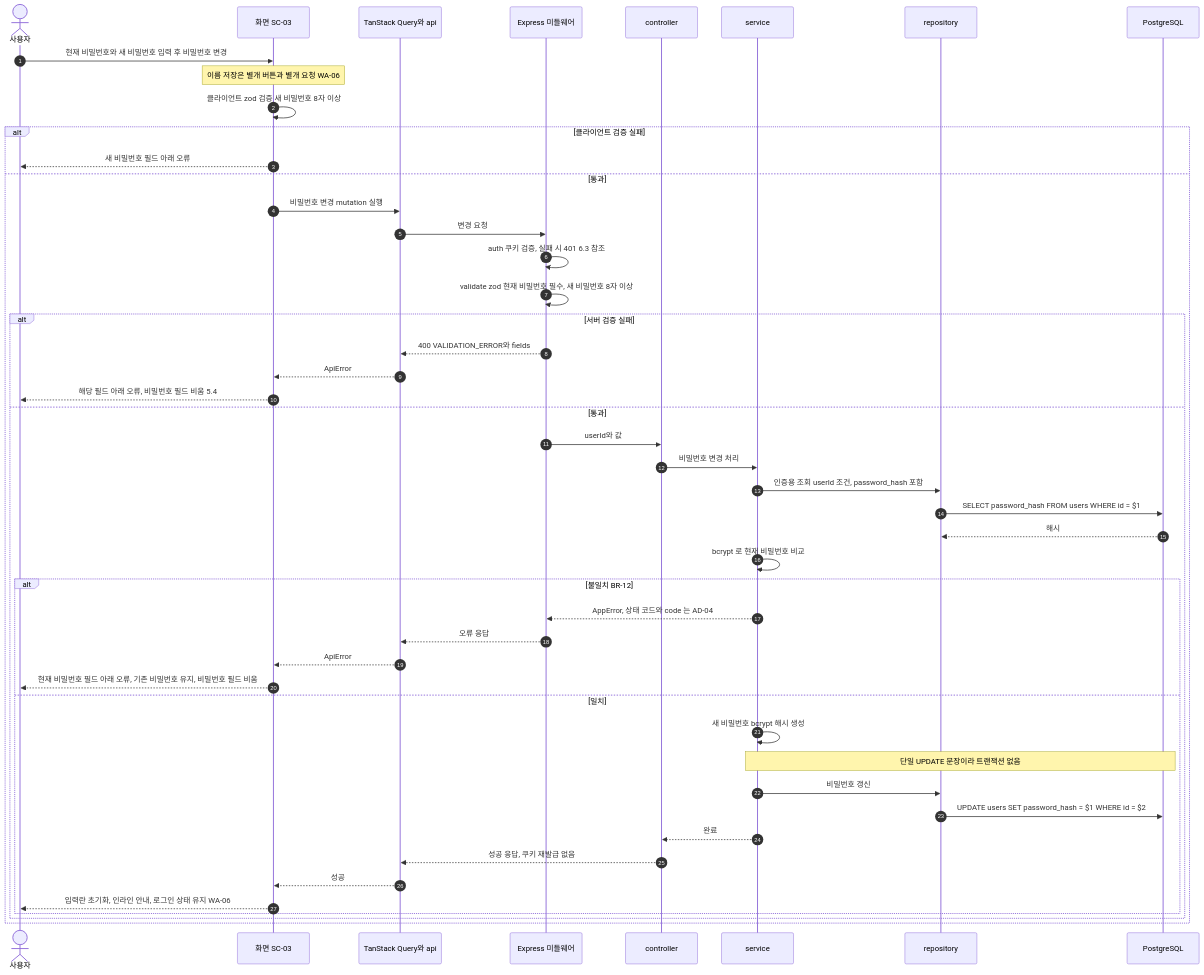
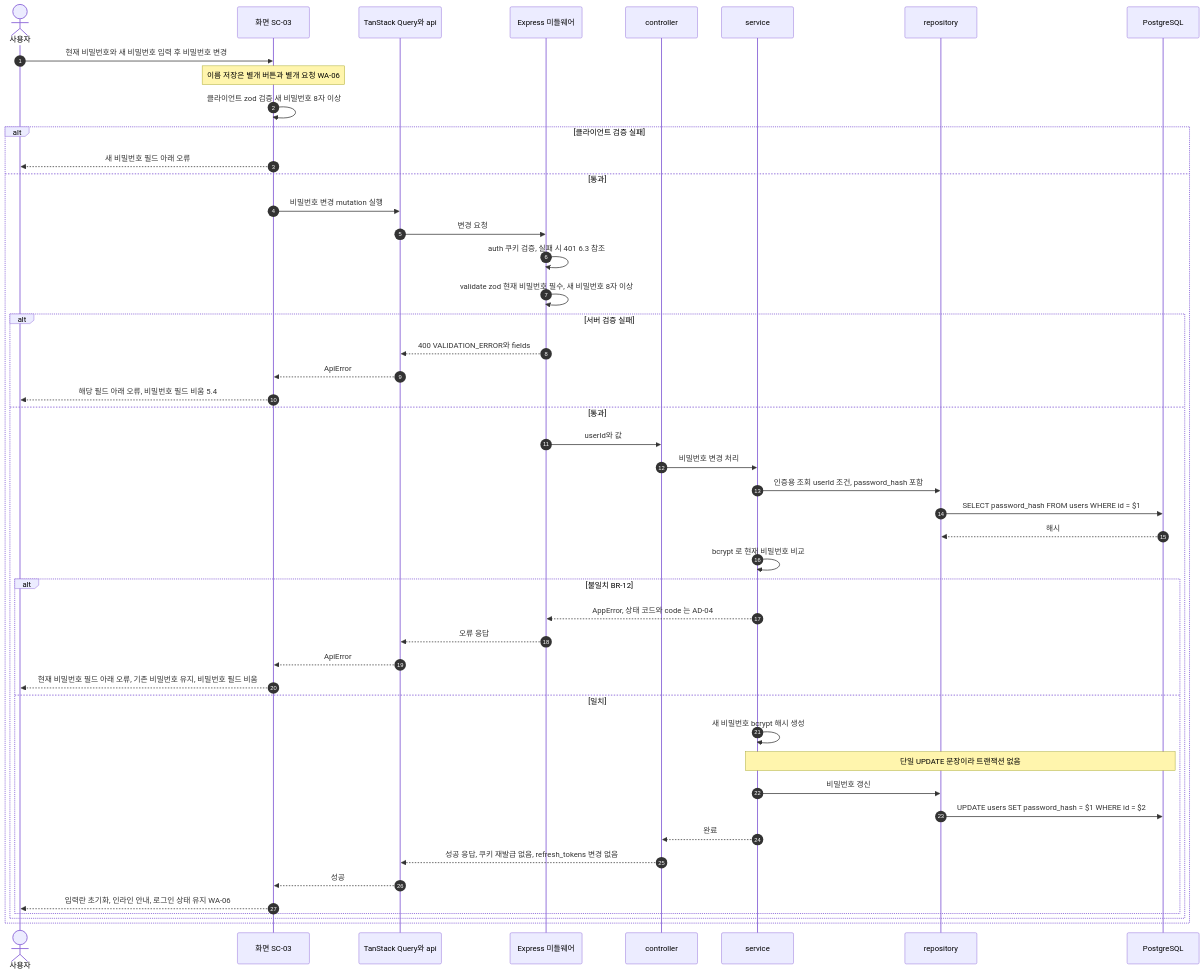
One commit to wjdxo513/todolist-app changed diagram 13 of 14 in docs/6-arch-diagram.md. Above: the diagram before and after it, drawn with Mermaid. The commit also changed other lines of this file and 7 other files, not shown here.

````diff
--- a/docs/6-arch-diagram.md
+++ b/docs/6-arch-diagram.md
@@ -728,51 +769,51 @@
 ```mermaid
 sequenceDiagram
     autonumber
     actor U as 사용자
     participant UI as 화면 SC-03
     participant Q as TanStack Query와 api
     participant MW as Express 미들웨어
     participant C as controller
     participant S as service
     participant R as repository
     participant DB as PostgreSQL
 
     U->>UI: 현재 비밀번호와 새 비밀번호 입력 후 비밀번호 변경
     Note over UI: 이름 저장은 별개 버튼과 별개 요청 WA-06
     UI->>UI: 클라이언트 zod 검증 새 비밀번호 8자 이상
     alt 클라이언트 검증 실패
         UI-->>U: 새 비밀번호 필드 아래 오류
     else 통과
         UI->>Q: 비밀번호 변경 mutation 실행
         Q->>MW: 변경 요청
         MW->>MW: auth 쿠키 검증, 실패 시 401 6.3 참조
         MW->>MW: validate zod 현재 비밀번호 필수, 새 비밀번호 8자 이상
         alt 서버 검증 실패
             MW-->>Q: 400 VALIDATION_ERROR와 fields
             Q-->>UI: ApiError
             UI-->>U: 해당 필드 아래 오류, 비밀번호 필드 비움 5.4
         else 통과
             MW->>C: userId와 값
             C->>S: 비밀번호 변경 처리
             S->>R: 인증용 조회 userId 조건, password_hash 포함
             R->>DB: SELECT password_hash FROM users WHERE id = $1
             DB-->>R: 해시
             S->>S: bcrypt 로 현재 비밀번호 비교
             alt 불일치 BR-12
                 S-->>MW: AppError, 상태 코드와 code 는 AD-04
                 MW-->>Q: 오류 응답
                 Q-->>UI: ApiError
                 UI-->>U: 현재 비밀번호 필드 아래 오류, 기존 비밀번호 유지, 비밀번호 필드 비움
             else 일치
                 S->>S: 새 비밀번호 bcrypt 해시 생성
                 Note over S,DB: 단일 UPDATE 문장이라 트랜잭션 없음
                 S->>R: 비밀번호 갱신
                 R->>DB: UPDATE users SET password_hash = $1 WHERE id = $2
                 S-->>C: 완료
-                C-->>Q: 성공 응답, 쿠키 재발급 없음
+                C-->>Q: 성공 응답, 쿠키 재발급 없음, refresh_tokens 변경 없음
                 Q-->>UI: 성공
                 UI-->>U: 입력란 초기화, 인라인 안내, 로그인 상태 유지 WA-06
             end
         end
     end
 ```
````
